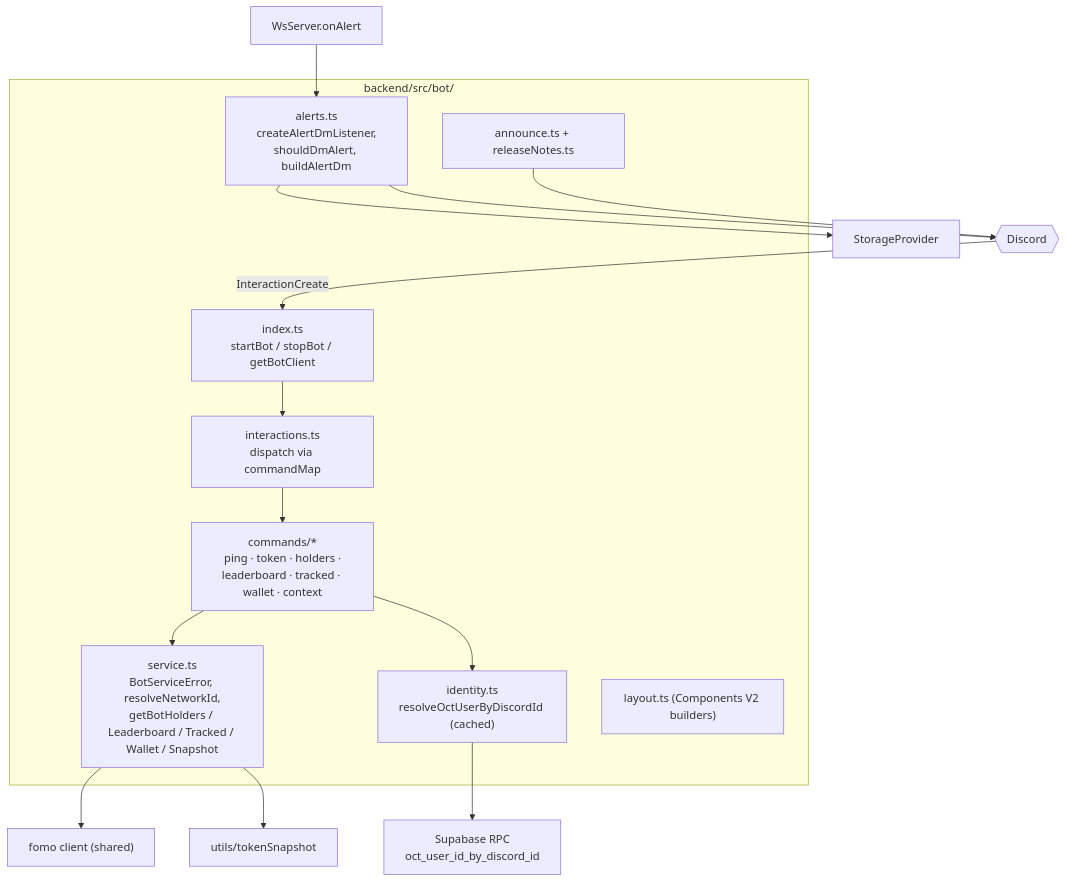
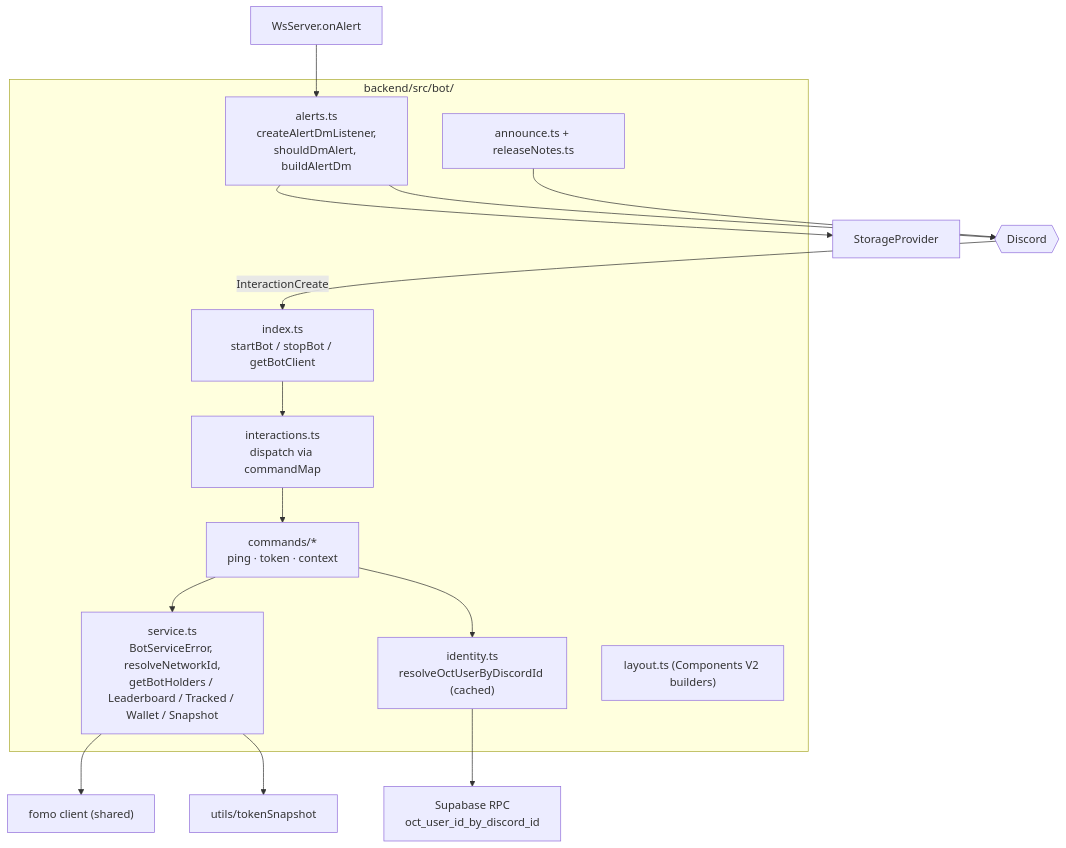
The first of 2 diagrams in docs/src/content/docs/architecture/discord-bot.md (ArhamKhurram/Onchain-Tools), drawn with Mermaid before and after one commit. The commit also changed other lines of this file and 8 other files, not shown here.

````diff
--- a/docs/src/content/docs/architecture/discord-bot.md
+++ b/docs/src/content/docs/architecture/discord-bot.md
@@ -19,28 +33,28 @@
 ```mermaid
 flowchart TB
   subgraph botpkg["backend/src/bot/"]
     idx["index.ts<br/>startBot / stopBot / getBotClient"]
     inter["interactions.ts<br/>dispatch via commandMap"]
-    cmds["commands/*<br/>ping · token · holders ·<br/>leaderboard · tracked · wallet · context"]
+    cmds["commands/*<br/>ping · token · context"]
     svc["service.ts<br/>BotServiceError, resolveNetworkId,<br/>getBotHolders / Leaderboard / Tracked / Wallet / Snapshot"]
     alerts["alerts.ts<br/>createAlertDmListener,<br/>shouldDmAlert, buildAlertDm"]
     ident["identity.ts<br/>resolveOctUserByDiscordId (cached)"]
     ann["announce.ts + releaseNotes.ts"]
     layout["layout.ts (Components V2 builders)"]
   end
 
   discord{{Discord}}
   wsrv["WsServer.onAlert"]
   fomoc["fomo client (shared)"]
   snap["utils/tokenSnapshot"]
   store["StorageProvider"]
   rpc["Supabase RPC<br/>oct_user_id_by_discord_id"]
 
   discord -- "InteractionCreate" --> idx --> inter --> cmds --> svc
   svc --> fomoc
   svc --> snap
   wsrv --> alerts --> discord
   alerts --> store
   cmds --> ident --> rpc
   ann --> discord
 ```
````
